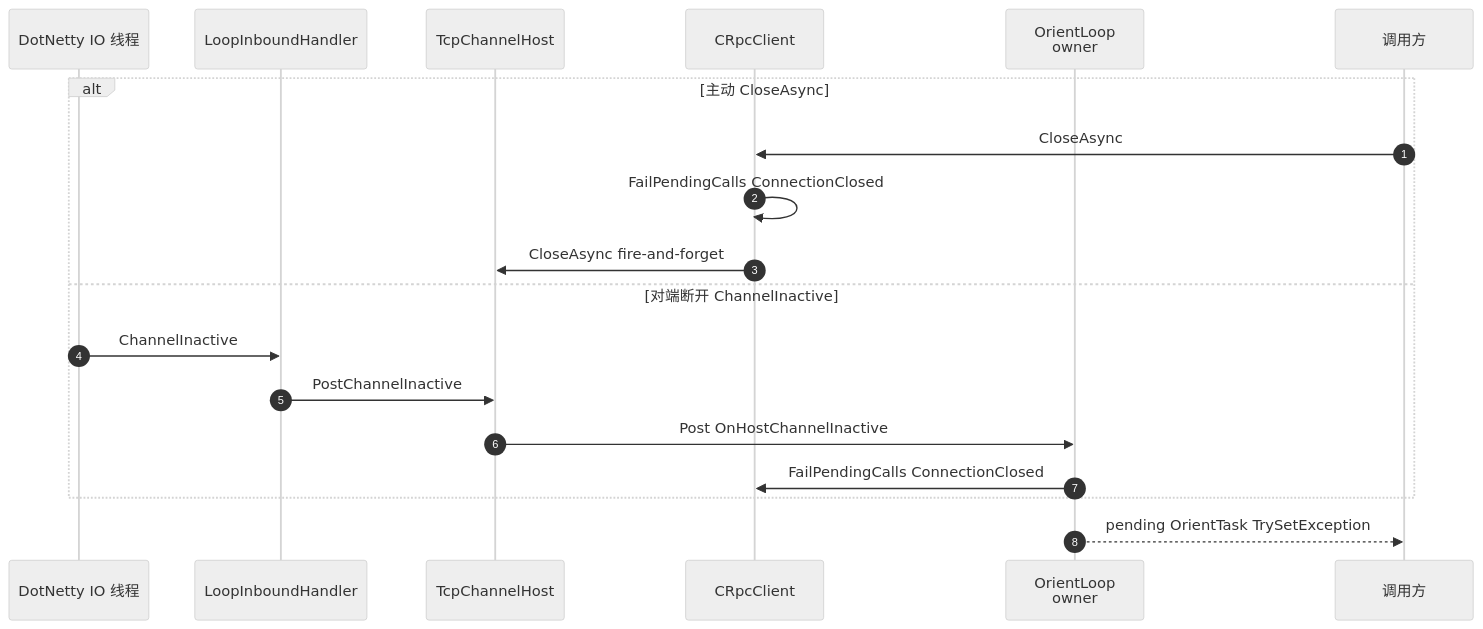
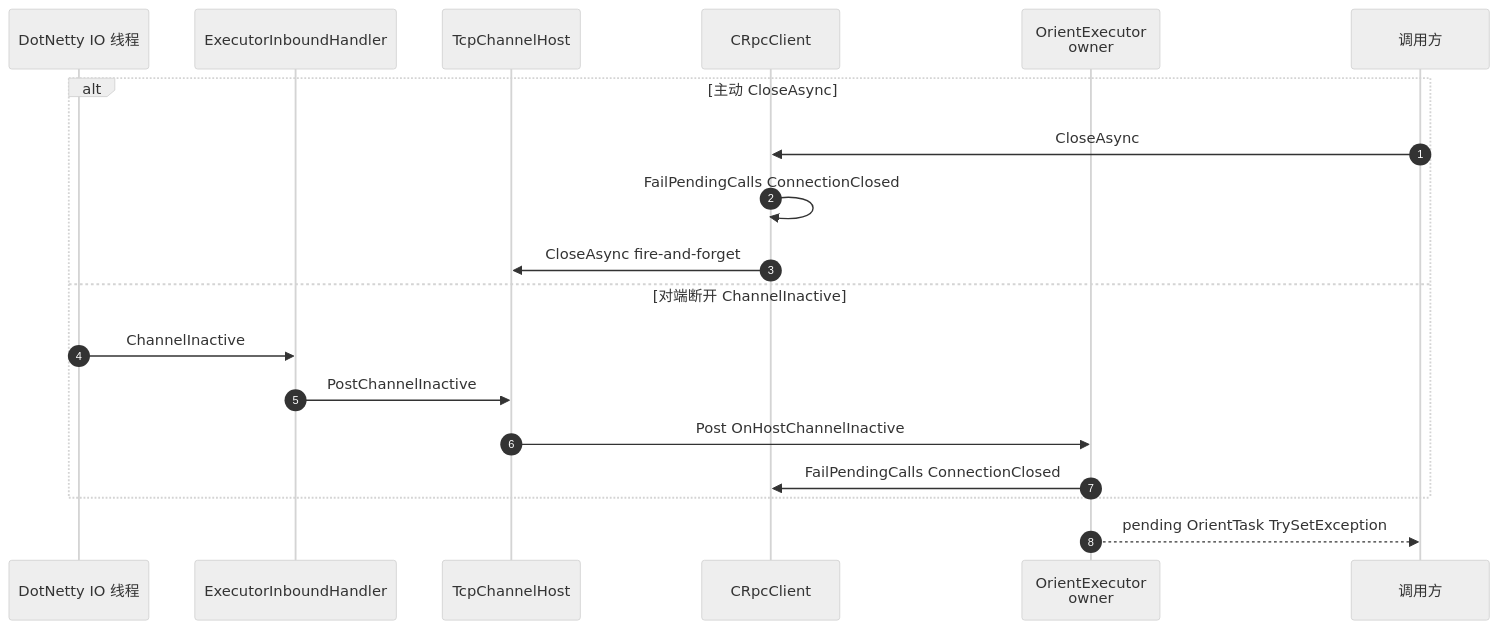
One commit to orientye/orientdotnet changed the fourth of 5 diagrams in Doc/architecture.md. Above: the diagram before and after it, drawn with Mermaid (neutral theme). The commit also changed other lines of this file and 74 other files, not shown here.

````diff
--- a/Doc/architecture.md
+++ b/Doc/architecture.md
@@ -731,22 +730,22 @@
 ```mermaid
 sequenceDiagram
     autonumber
     participant IO as DotNetty IO 线程
-    participant LIH as LoopInboundHandler
+    participant LIH as ExecutorInboundHandler
     participant Host as TcpChannelHost
     participant Cli as CRpcClient
-    participant BizLoop as OrientLoop<br/>owner
+    participant BizExecutor as OrientExecutor<br/>owner
     participant App as 调用方
 
     alt 主动 CloseAsync
         App->>Cli: CloseAsync
         Cli->>Cli: FailPendingCalls ConnectionClosed
         Cli->>Host: CloseAsync fire-and-forget
     else 对端断开 ChannelInactive
         IO->>LIH: ChannelInactive
         LIH->>Host: PostChannelInactive
-        Host->>BizLoop: Post OnHostChannelInactive
-        BizLoop->>Cli: FailPendingCalls ConnectionClosed
+        Host->>BizExecutor: Post OnHostChannelInactive
+        BizExecutor->>Cli: FailPendingCalls ConnectionClosed
     end
-    BizLoop-->>App: pending OrientTask TrySetException
+    BizExecutor-->>App: pending OrientTask TrySetException
 ```
````
